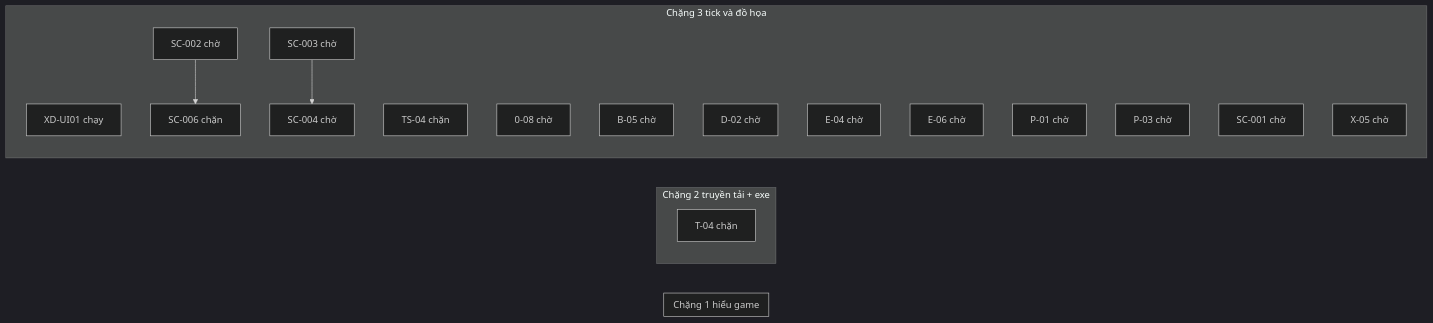
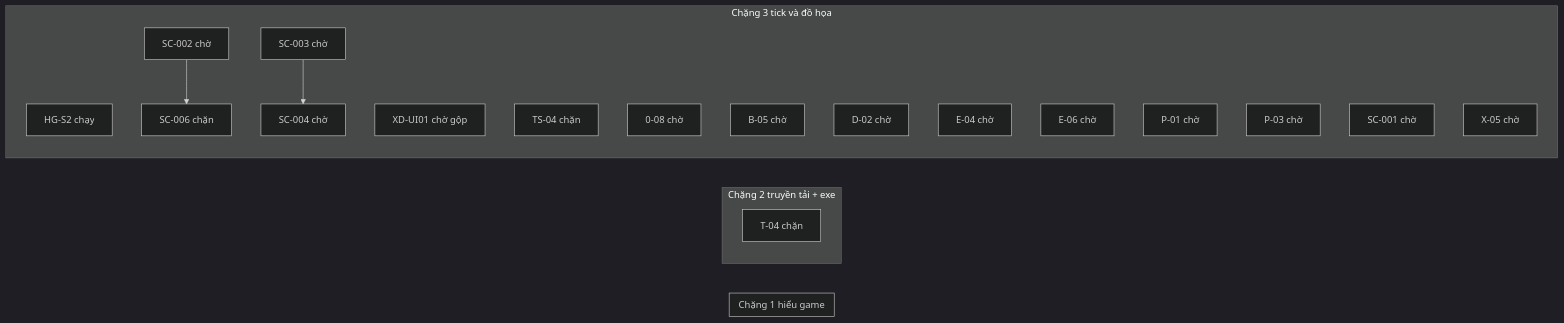
One commit to ndtangoss-dev/jx1-reports changed the diagram in JX1_OPS/STATE/TIEN-DO.md. Above: the diagram before and after it, drawn with Mermaid (dark theme). The commit also changed other lines of this file and 4 other files, not shown here.

````diff
--- a/JX1_OPS/STATE/TIEN-DO.md
+++ b/JX1_OPS/STATE/TIEN-DO.md
@@ -9,27 +9,28 @@
 ```mermaid
 flowchart LR
   subgraph S1["Chặng 1 hiểu game"]
   end
   subgraph S2["Chặng 2 truyền tải + exe"]
     T_04["T-04 chặn"]
   end
   subgraph S3["Chặng 3 tick và đồ họa"]
-    XD_UI01["XD-UI01 chạy"]
+    HG_S2["HG-S2 chạy"]
+    XD_UI01["XD-UI01 chờ gộp"]
     SC_006["SC-006 chặn"]
     TS_04["TS-04 chặn"]
     0_08["0-08 chờ"]
     B_05["B-05 chờ"]
     D_02["D-02 chờ"]
     E_04["E-04 chờ"]
     E_06["E-06 chờ"]
     P_01["P-01 chờ"]
     P_03["P-03 chờ"]
     SC_001["SC-001 chờ"]
     SC_002["SC-002 chờ"]
     SC_003["SC-003 chờ"]
     SC_004["SC-004 chờ"]
     X_05["X-05 chờ"]
   end
   SC_002 --> SC_006
   SC_003 --> SC_004
 ```
````
